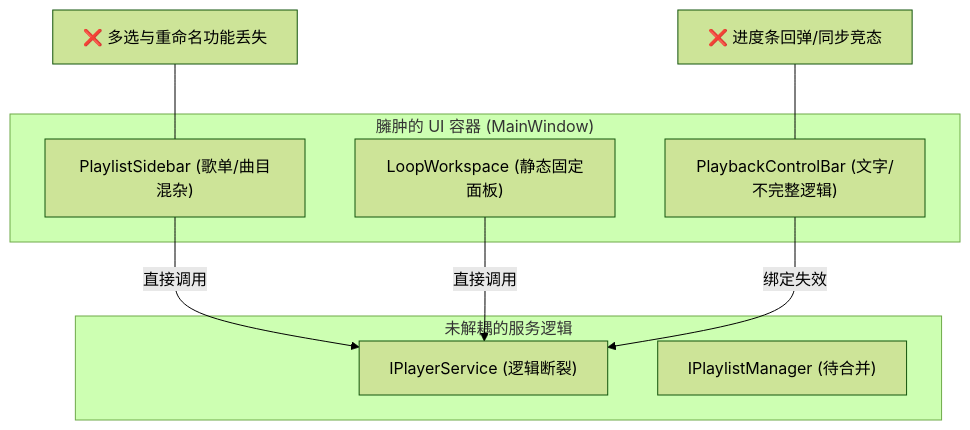
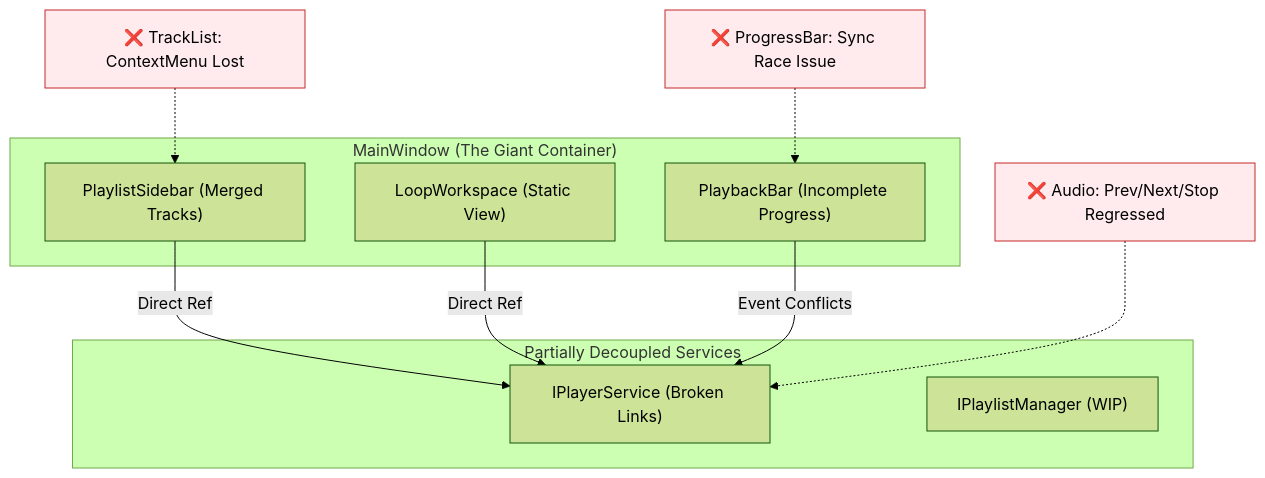
One commit to CPUrising/seamless-loop-music changed the second of 3 diagrams in progress/23更详细的架构.md. Above: the diagram before and after it, drawn with Mermaid (forest theme). The commit also changed other lines of this file and 1 other file, not shown here.

Commit message:
update 架构图

````diff
--- a/progress/23更详细的架构.md
+++ b/progress/23更详细的架构.md
@@ -51,24 +85,31 @@
 ```mermaid
 graph TD
-    subgraph Legacy_UI ["臃肿的 UI 容器 (MainWindow)"]
-        SB_S["PlaylistSidebar (歌单/曲目混杂)"]
-        LW_S["LoopWorkspace (静态固定面板)"]
-        PB_S["PlaybackControlBar (文字/不完整逻辑)"]
+    subgraph MW_Legacy ["MainWindow (The Giant Container)"]
+        SB_L["PlaylistSidebar (Merged Tracks)"]
+        LW_L["LoopWorkspace (Static View)"]
+        PB_L["PlaybackBar (Incomplete Progress)"]
     end
 
-    subgraph Legacy_Service ["未解耦的服务逻辑"]
-        IPlayer_S["IPlayerService (逻辑断裂)"]
-        IPM_S["IPlaylistManager (待合并)"]
+    subgraph Service_Legacy ["Partially Decoupled Services"]
+        PS_L["IPlayerService (Broken Links)"]
+        PMS_L["IPlaylistManager (WIP)"]
     end
 
-    %% 现状特征：强耦合
-    SB_S -- "直接调用" --> IPlayer_S
-    LW_S -- "直接调用" --> IPlayer_S
-    PB_S -- "绑定失效" --> IPlayer_S
+    %% 耦合路径
+    SB_L -- "Direct Ref" --> PS_L
+    LW_L -- "Direct Ref" --> PS_L
+    PB_L -- "Event Conflicts" --> PS_L
+
+    %% 严重故障标注
+    Bug1["❌ ProgressBar: Sync Race Issue"]
+    Bug2["❌ TrackList: ContextMenu Lost"]
+    Bug3["❌ Audio: Prev/Next/Stop Regressed"]
     
-    %% 痛点标注
-    Note1["❌ 进度条回弹/同步竞态"]
-    Note2["❌ 多选与重命名功能丢失"]
-    Note1 --- PB_S
-    Note2 --- SB_S
+    Bug1 -.-> PB_L
+    Bug2 -.-> SB_L
+    Bug3 -.-> PS_L
+
+    style Bug1 fill:#ffebee,stroke:#c62828
+    style Bug2 fill:#ffebee,stroke:#c62828
+    style Bug3 fill:#ffebee,stroke:#c62828
 ```
````
